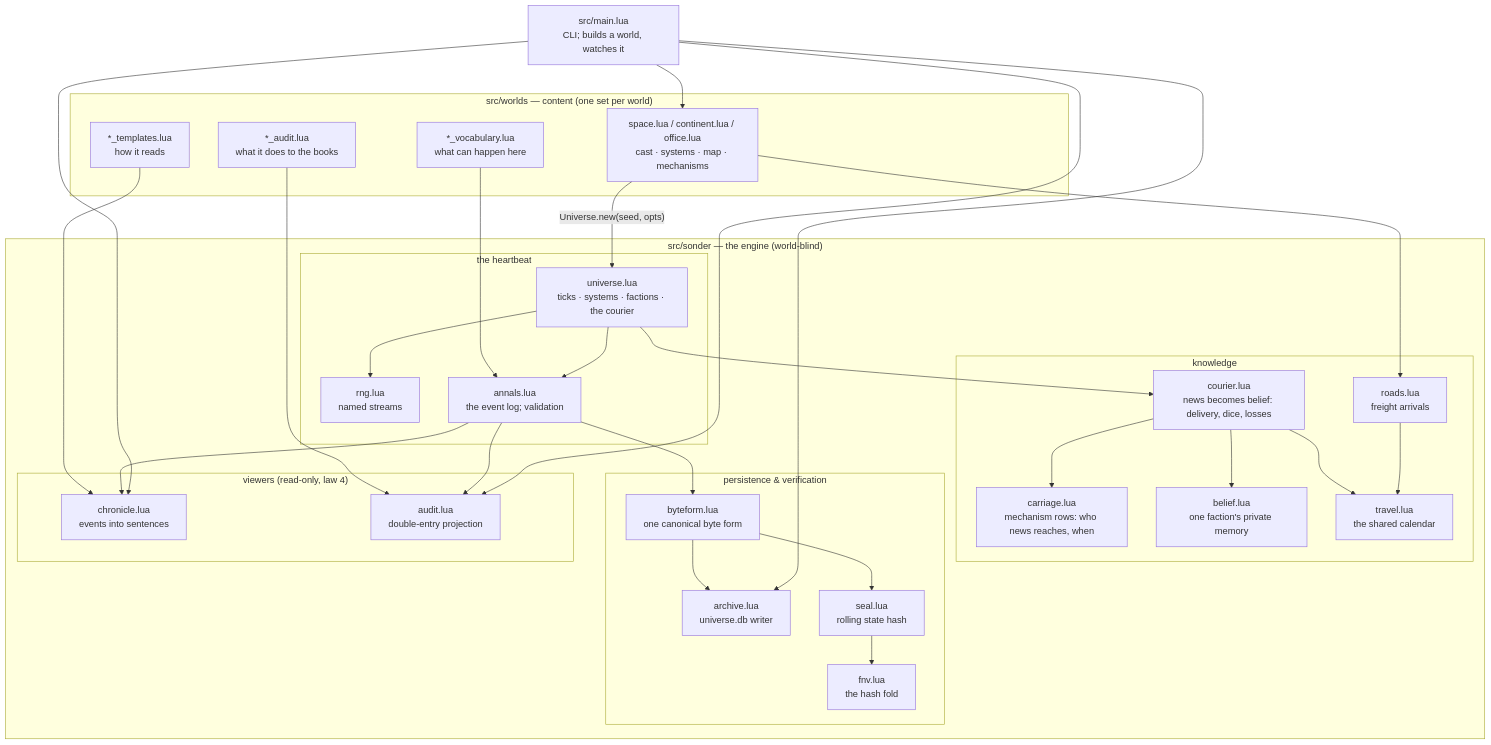
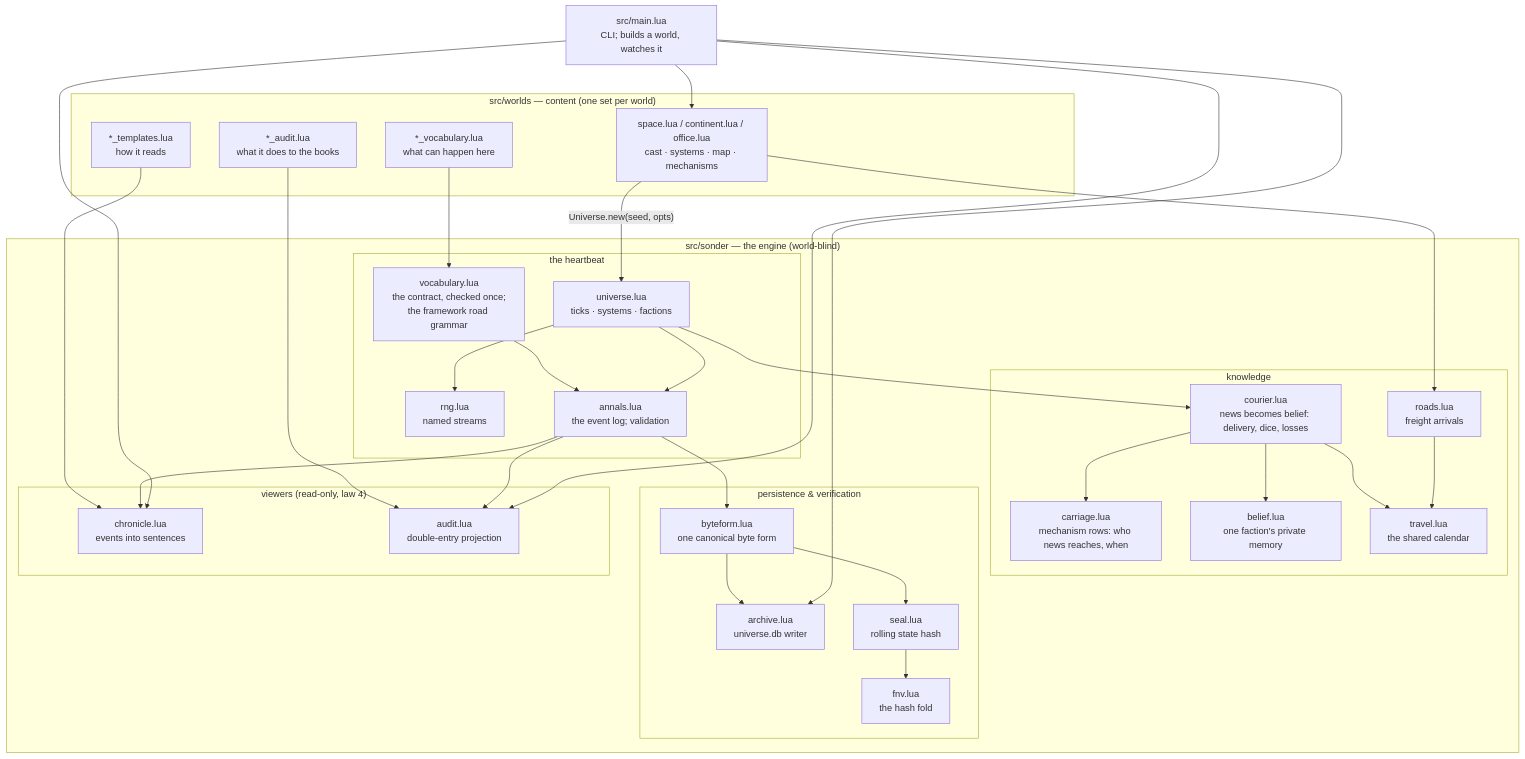
One commit to walesmd/sonder-sim changed the first of 3 diagrams in docs/architecture.md. Above: the diagram before and after it, drawn with Mermaid. The commit also changed 15 other files, not shown here.

First line of the commit message:
Card 171: the vocabulary gets a grammarian — one contract, checked once

````diff
--- a/docs/architecture.md
+++ b/docs/architecture.md
@@ -19,57 +19,59 @@
 ```mermaid
 graph TB
     subgraph worlds["src/worlds — content (one set per world)"]
         W["space.lua / continent.lua / office.lua<br/>cast · systems · map · mechanisms"]
         WV["*_vocabulary.lua<br/>what can happen here"]
         WT["*_templates.lua<br/>how it reads"]
         WA["*_audit.lua<br/>what it does to the books"]
     end
     subgraph engine["src/sonder — the engine (world-blind)"]
         subgraph core["the heartbeat"]
-            U["universe.lua<br/>ticks · systems · factions · the courier"]
+            U["universe.lua<br/>ticks · systems · factions"]
             R["rng.lua<br/>named streams"]
             AN["annals.lua<br/>the event log; validation"]
+            VC["vocabulary.lua<br/>the contract, checked once;<br/>the framework road grammar"]
         end
         subgraph knowledge["knowledge"]
             CO["courier.lua<br/>news becomes belief: delivery, dice, losses"]
             C["carriage.lua<br/>mechanism rows: who news reaches, when"]
             B["belief.lua<br/>one faction's private memory"]
             T["travel.lua<br/>the shared calendar"]
             RD["roads.lua<br/>freight arrivals"]
         end
         subgraph persistence["persistence & verification"]
             BF["byteform.lua<br/>one canonical byte form"]
             AR["archive.lua<br/>universe.db writer"]
             S["seal.lua<br/>rolling state hash"]
             F["fnv.lua<br/>the hash fold"]
         end
         subgraph viewers["viewers (read-only, law 4)"]
             CH["chronicle.lua<br/>events into sentences"]
             AU["audit.lua<br/>double-entry projection"]
         end
     end
     M["src/main.lua<br/>CLI; builds a world, watches it"]
 
     W -->|"Universe.new(seed, opts)"| U
-    WV --> AN
+    WV --> VC
+    VC --> AN
     WT --> CH
     WA --> AU
     U --> R
     U --> AN
     U --> CO
     CO --> C
     CO --> B
     CO --> T
     W --> RD
     RD --> T
     AN --> BF
     BF --> AR
     BF --> S
     S --> F
     AN --> CH
     AN --> AU
     M --> W
     M --> CH
     M --> AU
     M --> AR
 ```
````
